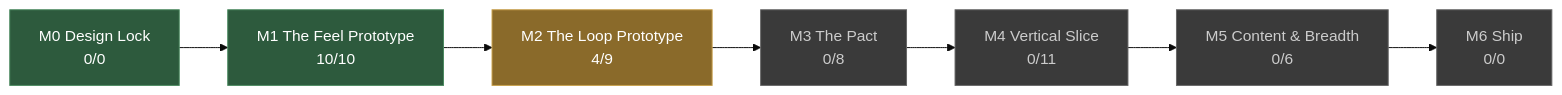
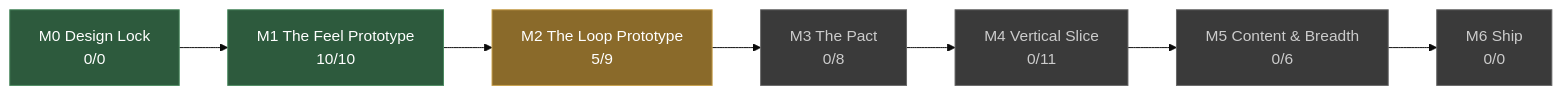
One commit to JoshuaGessner/she changed the diagram in docs/STATUS.md. Above: the diagram before and after it, drawn with Mermaid (base theme). The commit also changed other lines of this file and 21 other files, not shown here.

````diff
--- a/docs/STATUS.md
+++ b/docs/STATUS.md
@@ -13,19 +13,19 @@
 ```mermaid
 flowchart LR
   M0["M0 Design Lock<br/>0/0"]:::passed
   M1["M1 The Feel Prototype<br/>10/10"]:::passed
   M0 --> M1
-  M2["M2 The Loop Prototype<br/>4/9"]:::current
+  M2["M2 The Loop Prototype<br/>5/9"]:::current
   M1 --> M2
   M3["M3 The Pact<br/>0/8"]:::ahead
   M2 --> M3
   M4["M4 Vertical Slice<br/>0/11"]:::ahead
   M3 --> M4
   M5["M5 Content & Breadth<br/>0/6"]:::ahead
   M4 --> M5
   M6["M6 Ship<br/>0/0"]:::ahead
   M5 --> M6
   classDef passed fill:#2d5a3d,stroke:#4a8a5f,color:#fff
   classDef current fill:#8a6a2a,stroke:#c8a04a,color:#fff
   classDef ahead fill:#3a3a3a,stroke:#666,color:#ccc
 ```
````
